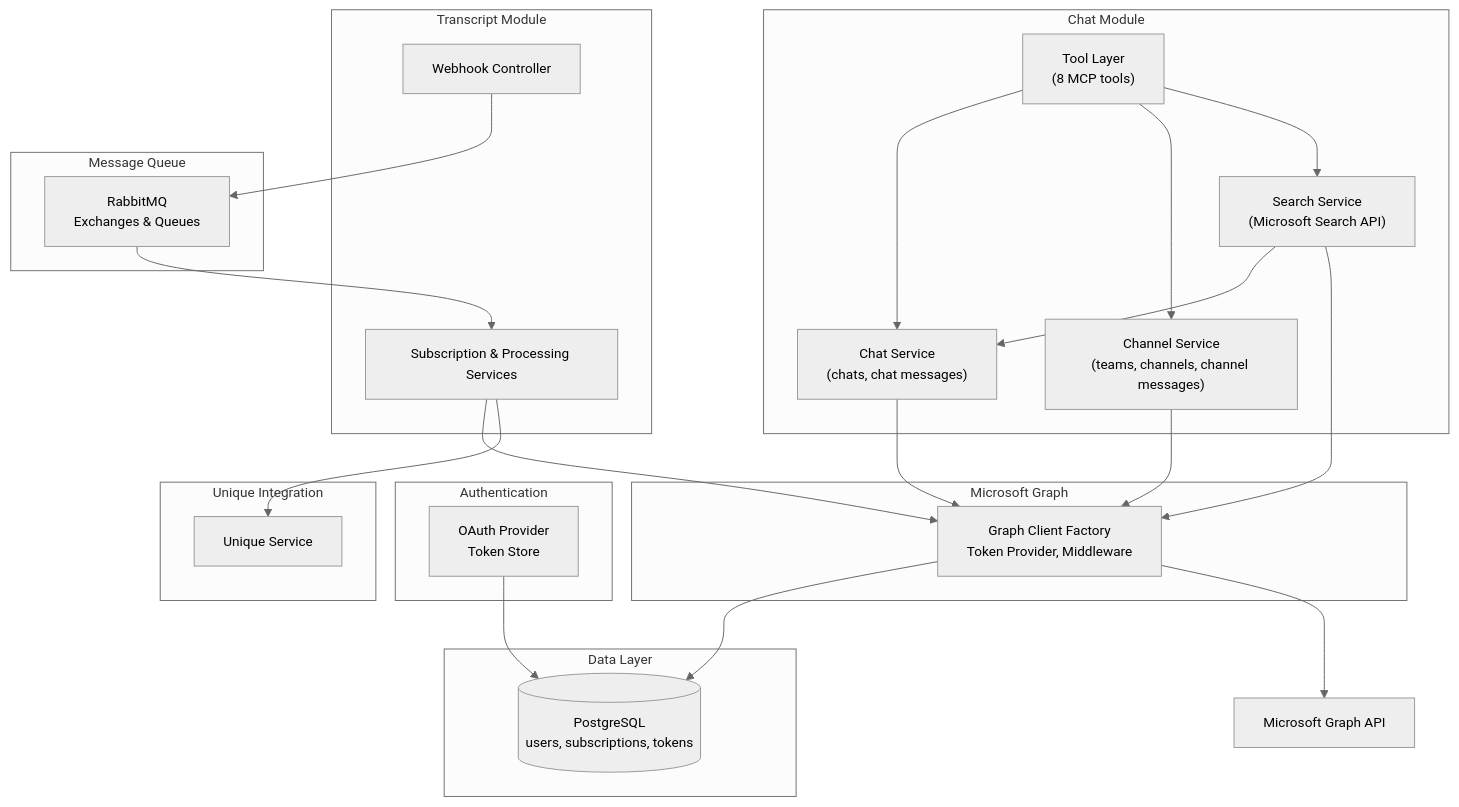
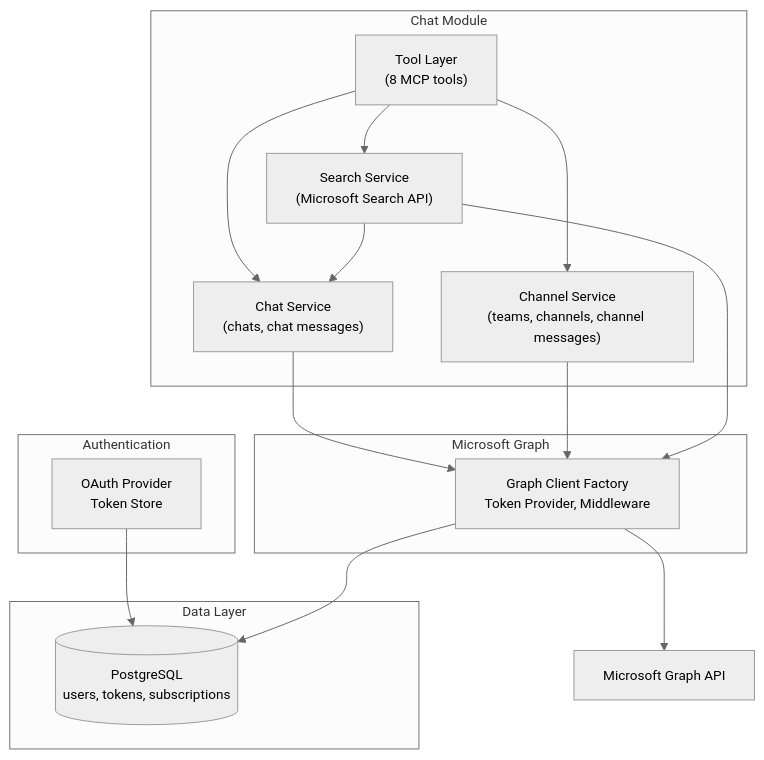
Before and after one commit to Unique-AG/connectors: the second of 4 diagrams in services/teams-mcp/docs/technical/architecture.md, drawn with Mermaid. The commit also changed other lines of this file and 19 other files, not shown here.

````diff
--- a/services/teams-mcp/docs/technical/architecture.md
+++ b/services/teams-mcp/docs/technical/architecture.md
@@ -62,50 +49,33 @@
 ```mermaid
 %%{init: {'theme': 'neutral', 'themeVariables': { 'fontSize': '14px' }}}%%
 flowchart TB
     subgraph Auth["Authentication"]
         AuthModule["OAuth Provider<br/>Token Store"]
     end
 
     subgraph Chat["Chat Module"]
         ChatSvc["Chat Service<br/>(chats, chat messages)"]
         ChannelSvc["Channel Service<br/>(teams, channels, channel messages)"]
         SearchSvc["Search Service<br/>(Microsoft Search API)"]
         ChatToolLayer["Tool Layer<br/>(8 MCP tools)"]
     end
 
-    subgraph Transcript["Transcript Module"]
-        Webhook["Webhook Controller"]
-        Services["Subscription & Processing Services"]
-    end
-
     subgraph GraphModule["Microsoft Graph"]
         GraphClient["Graph Client Factory<br/>Token Provider, Middleware"]
     end
 
     subgraph Data["Data Layer"]
-        DB[("PostgreSQL<br/>users, subscriptions, tokens")]
-    end
-
-    subgraph Queue["Message Queue"]
-        RabbitMQ["RabbitMQ<br/>Exchanges & Queues"]
-    end
-
-    subgraph UniqueIntegration["Unique Integration"]
-        UniqueService["Unique Service"]
+        DB[("PostgreSQL<br/>users, tokens, subscriptions")]
     end
 
     AuthModule --> DB
     ChatToolLayer --> ChatSvc
     ChatToolLayer --> ChannelSvc
     ChatToolLayer --> SearchSvc
     SearchSvc --> ChatSvc
     ChatSvc --> GraphClient
     ChannelSvc --> GraphClient
     SearchSvc --> GraphClient
-    Webhook --> RabbitMQ
-    RabbitMQ --> Services
-    Services --> GraphClient
-    Services --> UniqueService
     GraphClient --> DB
     GraphClient --> MSGraph["Microsoft Graph API"]
 ```
````
